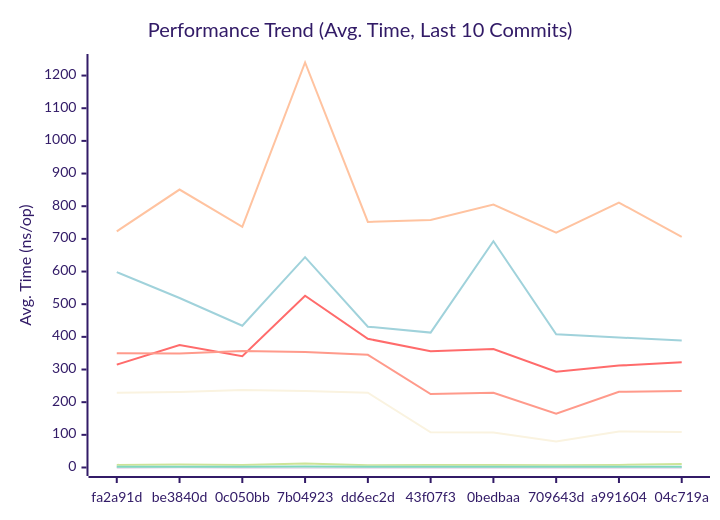
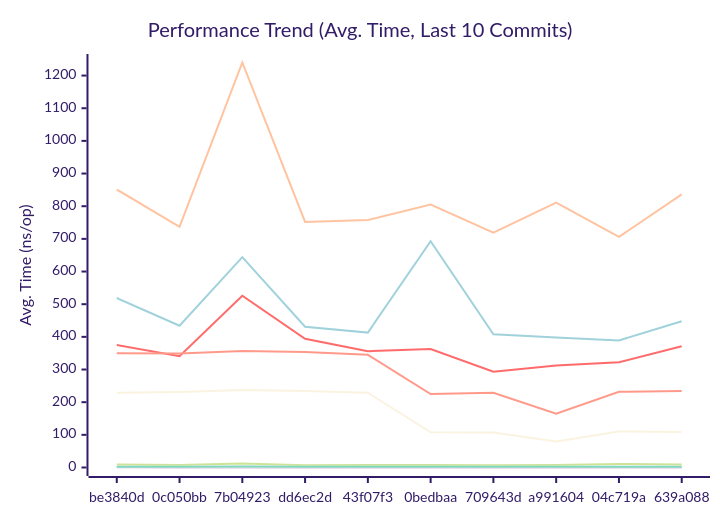
One commit to alsotoes/momo changed the first of 3 diagrams in docs/PERFORMANCE.md. Above: the diagram before and after it, drawn with Mermaid (forest theme). The commit also changed other lines of this file and 3 other files, not shown here.

````diff
--- a/docs/PERFORMANCE.md
+++ b/docs/PERFORMANCE.md
@@ -80,16 +80,16 @@
 ```mermaid
 xychart-beta
     title "Performance Trend (Avg. Time, Last 10 Commits)"
     x-axis "Commit"
     y-axis "Avg. Time (ns/op)"
-    x-axis [fa2a91d,be3840d,0c050bb,7b04923,dd6ec2d,43f07f3,0bedbaa,709643d,a991604,04c719a]
-    line "CheckMetricsAndSwap" [8,9,8,12,7,8,8,7,8,11]
-    line "CrushOptimized" [315,375,341,526,394,356,363,293,312,322]
-    line "CrushOriginal" [598,519,434,644,431,413,693,408,398,389]
-    line "IndexDirectTracking" [0,1,0,0,0,0,0,0,0,0]
+    x-axis [be3840d,0c050bb,7b04923,dd6ec2d,43f07f3,0bedbaa,709643d,a991604,04c719a,639a088]
+    line "CheckMetricsAndSwap" [9,8,12,7,8,8,7,8,11,9]
+    line "CrushOptimized" [375,341,526,394,356,363,293,312,322,371]
+    line "CrushOriginal" [519,434,644,431,413,693,408,398,389,448]
+    line "IndexDirectTracking" [1,0,0,0,0,0,0,0,0,0]
     line "IndexSearch" [2,2,2,2,2,2,2,2,2,2]
-    line "LoadGlobalConfig" [723,851,737,1240,752,758,805,719,811,706]
-    line "PadString" [2,2,2,3,2,2,2,2,2,2]
+    line "LoadGlobalConfig" [851,737,1240,752,758,805,719,811,706,836]
+    line "PadString" [2,2,3,2,2,2,2,2,2,2]
     line "ParseReplicationOrder_NoPrealloc" [350,349,357,354,345,225,229,165,232,234]
     line "ParseReplicationOrder_Prealloc" [229,231,237,234,229,108,107,80,110,109]
 ```
````
